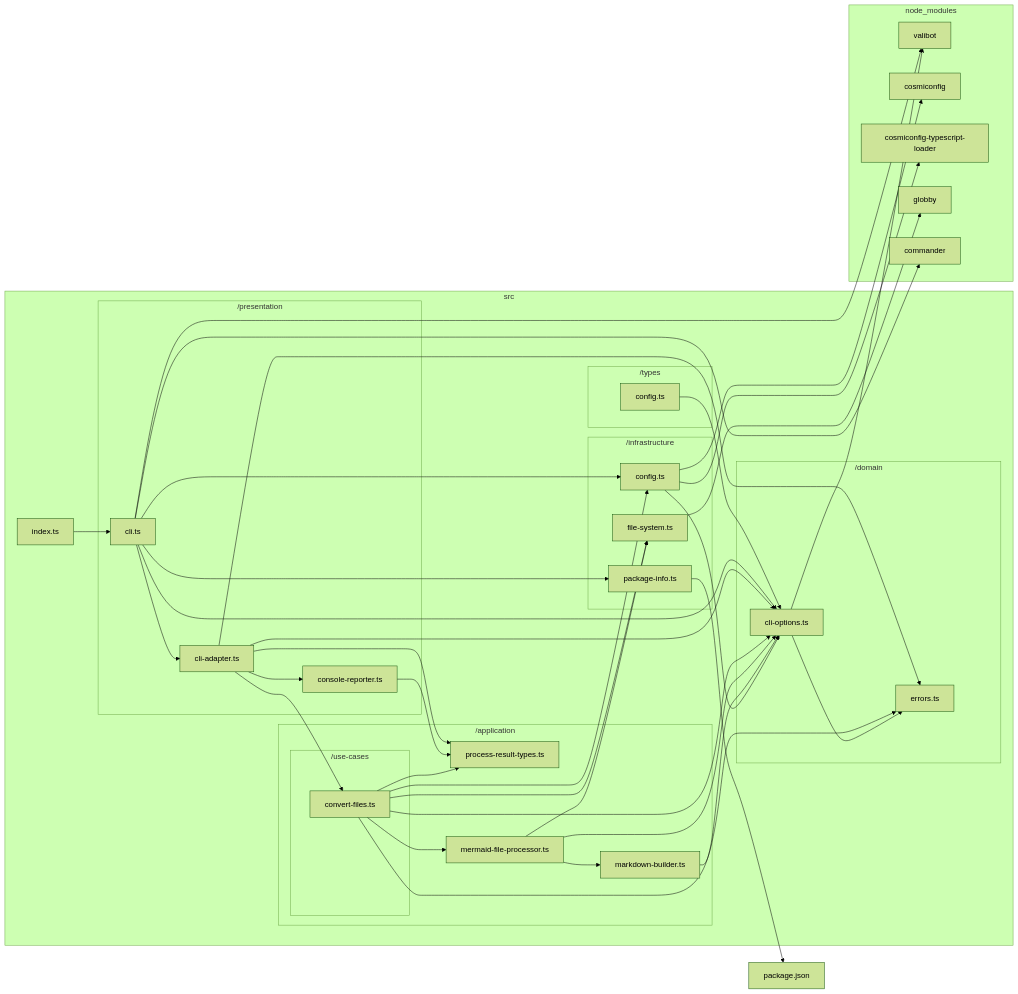
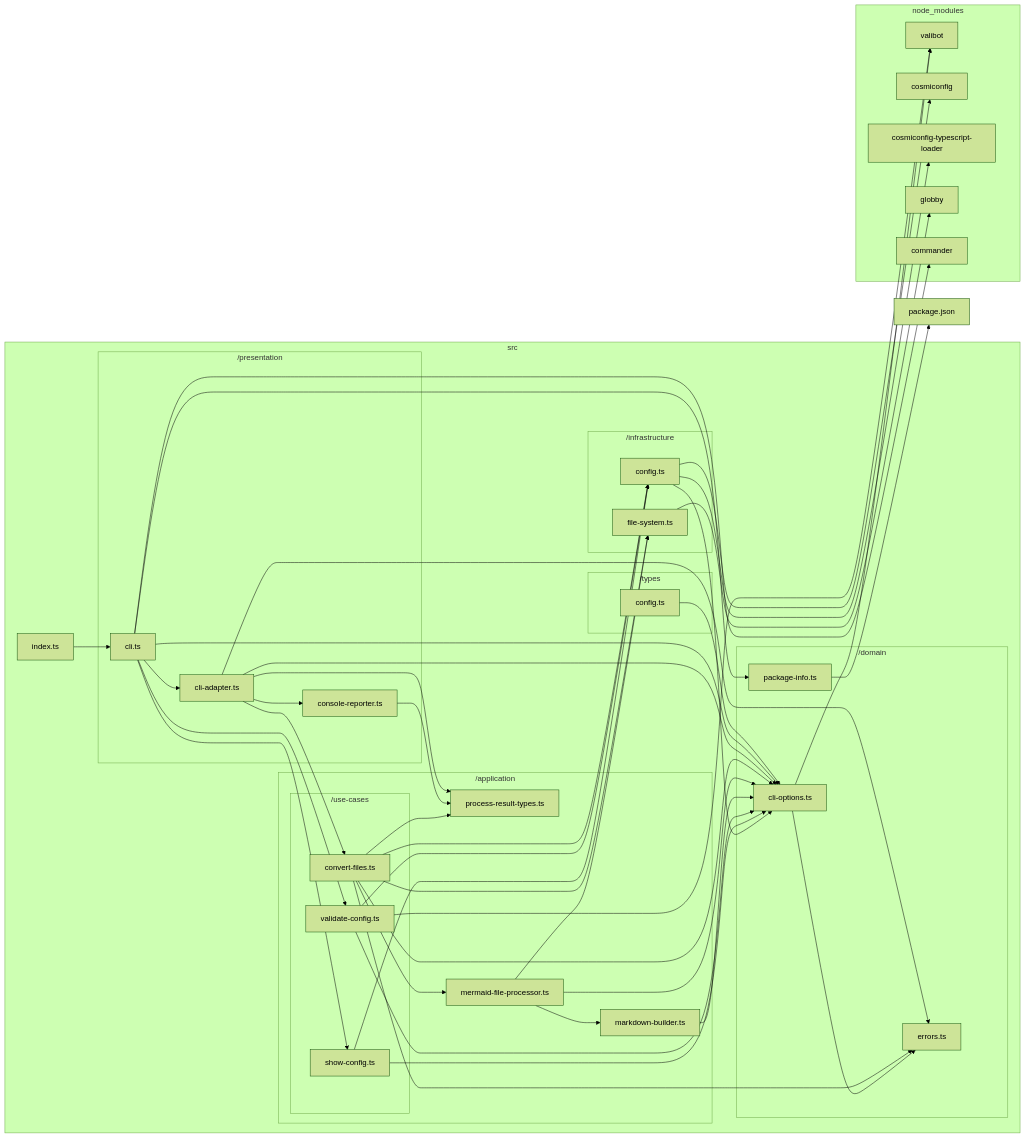
The diagram in docs/reports/dependencies/deps-graph.md (sugurutakahashi-1234/mermaid-markdown-wrap), drawn with Mermaid (forest theme) before and after one commit. The commit also changed 7 other files, not shown here.

````diff
--- a/docs/reports/dependencies/deps-graph.md
+++ b/docs/reports/dependencies/deps-graph.md
@@ -7,69 +7,76 @@
 ```mermaid
 flowchart LR
     subgraph src["src"]
         src/index.ts["index.ts"]
         subgraph src/domain["/domain"]
             src/domain/errors.ts["errors.ts"]
             src/domain/cli//options.ts["cli-options.ts"]
+            src/domain/package//info.ts["package-info.ts"]
         end
         subgraph src/infrastructure["/infrastructure"]
             src/infrastructure/config.ts["config.ts"]
-            src/infrastructure/package//info.ts["package-info.ts"]
             src/infrastructure/file//system.ts["file-system.ts"]
         end
         subgraph src/application["/application"]
             src/application/process//result//types.ts["process-result-types.ts"]
             src/application/markdown//builder.ts["markdown-builder.ts"]
             src/application/mermaid//file//processor.ts["mermaid-file-processor.ts"]
             subgraph src/application/use//cases["/use-cases"]
+                src/application/use//cases/show//config.ts["show-config.ts"]
+                src/application/use//cases/validate//config.ts["validate-config.ts"]
                 src/application/use//cases/convert//files.ts["convert-files.ts"]
             end
         end
         subgraph src/presentation["/presentation"]
             src/presentation/console//reporter.ts["console-reporter.ts"]
             src/presentation/cli//adapter.ts["cli-adapter.ts"]
             src/presentation/cli.ts["cli.ts"]
         end
         subgraph src/types["/types"]
             src/types/config.ts["config.ts"]
         end
     end
     subgraph node//modules["node_modules"]
         node//modules/valibot/dist/index.d.cts["valibot"]
         node//modules/cosmiconfig/dist/index.d.ts["cosmiconfig"]
         node//modules/cosmiconfig//typescript//loader/dist/types/index.d.ts["cosmiconfig-typescript-loader"]
         node//modules/globby/index.d.ts["globby"]
         node//modules/commander/typings/index.d.ts["commander"]
     end
     src/domain/cli//options.ts-->node//modules/valibot/dist/index.d.cts
     src/domain/cli//options.ts-->src/domain/errors.ts
     src/infrastructure/config.ts-->node//modules/cosmiconfig/dist/index.d.ts
     src/infrastructure/config.ts-->node//modules/cosmiconfig//typescript//loader/dist/types/index.d.ts
     src/infrastructure/config.ts-->src/domain/cli//options.ts
-    src/infrastructure/package//info.ts-->package.json
+    src/application/use//cases/show//config.ts-->src/domain/cli//options.ts
+    src/application/use//cases/show//config.ts-->src/infrastructure/config.ts
+    src/application/use//cases/validate//config.ts-->node//modules/valibot/dist/index.d.cts
+    src/application/use//cases/validate//config.ts-->src/domain/cli//options.ts
+    src/application/use//cases/validate//config.ts-->src/infrastructure/config.ts
+    src/domain/package//info.ts-->package.json
     src/infrastructure/file//system.ts-->node//modules/globby/index.d.ts
     src/application/markdown//builder.ts-->src/domain/cli//options.ts
     src/application/mermaid//file//processor.ts-->src/domain/cli//options.ts
     src/application/mermaid//file//processor.ts-->src/infrastructure/file//system.ts
     src/application/mermaid//file//processor.ts-->src/application/markdown//builder.ts
     src/application/use//cases/convert//files.ts-->src/domain/cli//options.ts
     src/application/use//cases/convert//files.ts-->src/domain/errors.ts
     src/application/use//cases/convert//files.ts-->src/infrastructure/config.ts
     src/application/use//cases/convert//files.ts-->src/infrastructure/file//system.ts
     src/application/use//cases/convert//files.ts-->src/application/mermaid//file//processor.ts
     src/application/use//cases/convert//files.ts-->src/application/process//result//types.ts
     src/presentation/console//reporter.ts-->src/application/process//result//types.ts
     src/presentation/cli//adapter.ts-->src/application/process//result//types.ts
     src/presentation/cli//adapter.ts-->src/application/use//cases/convert//files.ts
     src/presentation/cli//adapter.ts-->src/domain/cli//options.ts
     src/presentation/cli//adapter.ts-->src/domain/errors.ts
     src/presentation/cli//adapter.ts-->src/presentation/console//reporter.ts
     src/presentation/cli.ts-->node//modules/commander/typings/index.d.ts
-    src/presentation/cli.ts-->node//modules/valibot/dist/index.d.cts
+    src/presentation/cli.ts-->src/application/use//cases/show//config.ts
+    src/presentation/cli.ts-->src/application/use//cases/validate//config.ts
     src/presentation/cli.ts-->src/domain/cli//options.ts
-    src/presentation/cli.ts-->src/infrastructure/config.ts
-    src/presentation/cli.ts-->src/infrastructure/package//info.ts
+    src/presentation/cli.ts-->src/domain/package//info.ts
     src/presentation/cli.ts-->src/presentation/cli//adapter.ts
     src/index.ts-->src/presentation/cli.ts
     src/types/config.ts-->src/domain/cli//options.ts
 ```
````
